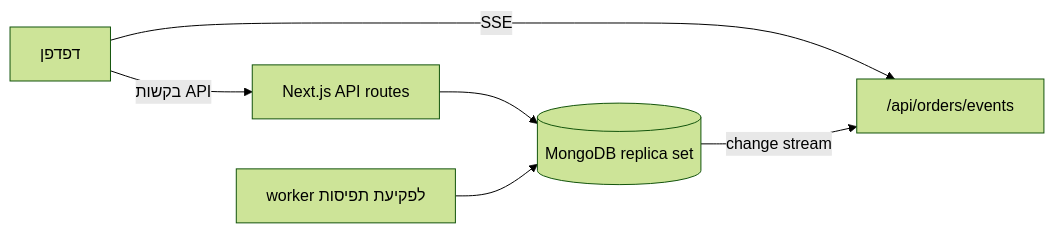
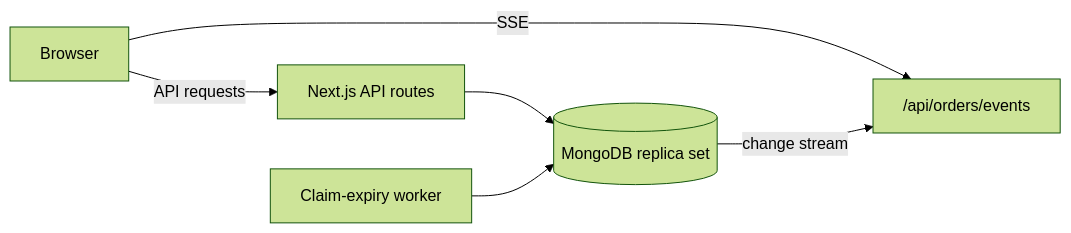
One commit to golan82/sign-flow changed the first of 3 diagrams in docs/architecture.md. Above: the diagram before and after it, drawn with Mermaid (forest theme). The commit also changed other lines of this file and 3 other files, not shown here.

````diff
--- a/docs/architecture.md
+++ b/docs/architecture.md
@@ -8,8 +8,8 @@
 ```mermaid
 flowchart LR
-    B[דפדפן] -- "בקשות API" --> API[Next.js API routes]
+    B[Browser] -- "API requests" --> API[Next.js API routes]
     B -- "SSE" --> EV["/api/orders/events"]
     API --> DB[(MongoDB replica set)]
-    W[worker לפקיעת תפיסות] --> DB
+    W[Claim-expiry worker] --> DB
     DB -- "change stream" --> EV
 ```
````
